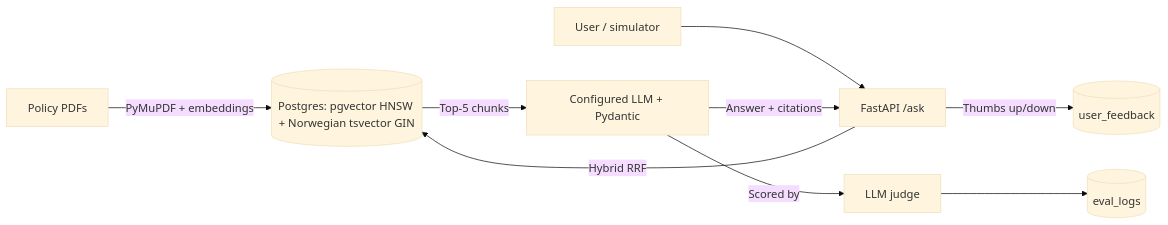
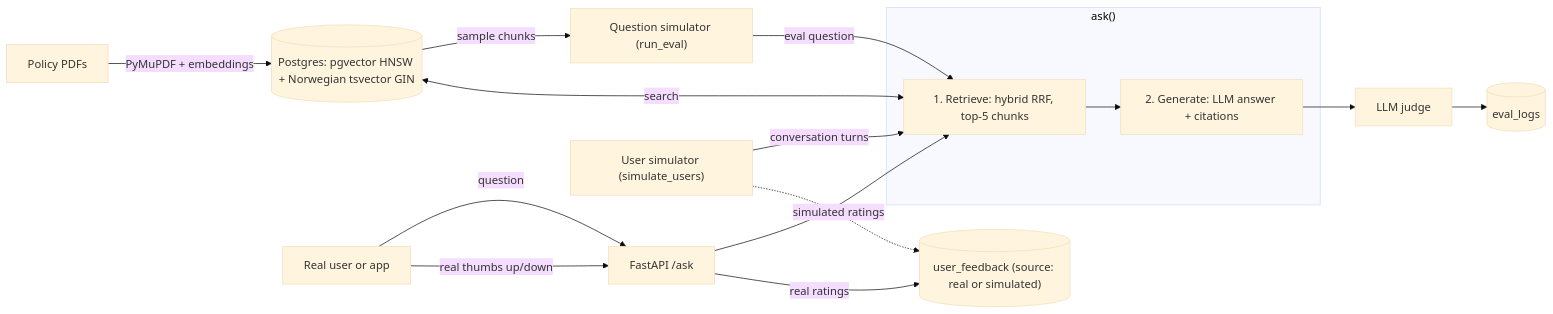
One commit to alemarin80/rag-insurance changed the diagram in README.md. Above: the diagram before and after it, drawn with Mermaid (base theme). The commit also changed other lines of this file and 6 other files, not shown here.

First line of the commit message:
Add three-role model check, simulator on llm.py, feedback source column

````diff
--- a/README.md
+++ b/README.md
@@ -16,10 +16,18 @@
 ```mermaid
 flowchart LR
     PDF[Policy PDFs] -->|PyMuPDF + embeddings| DB[(Postgres: pgvector HNSW + Norwegian tsvector GIN)]
-    Q[User / simulator] --> API[FastAPI /ask]
-    API -->|Hybrid RRF| DB
-    DB -->|Top-5 chunks| LLM[Configured LLM + Pydantic]
-    LLM -->|Answer + citations| API
-    API -->|Thumbs up/down| FB[(user_feedback)]
-    LLM -->|Scored by| JUDGE[LLM judge] --> EVAL[(eval_logs)]
+    DB -->|sample chunks| QSIM["Question simulator (run_eval)"]
+    USER[Real user or app] -->|question| API[FastAPI /ask]
+    subgraph ASK["ask()"]
+        RET["1. Retrieve: hybrid RRF, top-5 chunks"] --> GEN["2. Generate: LLM answer + citations"]
+    end
+    API --> RET
+    QSIM -->|eval question| RET
+    USIM["User simulator (simulate_users)"] -->|conversation turns| RET
+    DB <-->|search| RET
+    GEN --> JUDGE[LLM judge]
+    JUDGE --> EVAL[(eval_logs)]
+    USER -->|real thumbs up/down| API
+    API -->|real ratings| FB[("user_feedback (source: real or simulated)")]
+    USIM -.->|simulated ratings| FB
 ```
````
